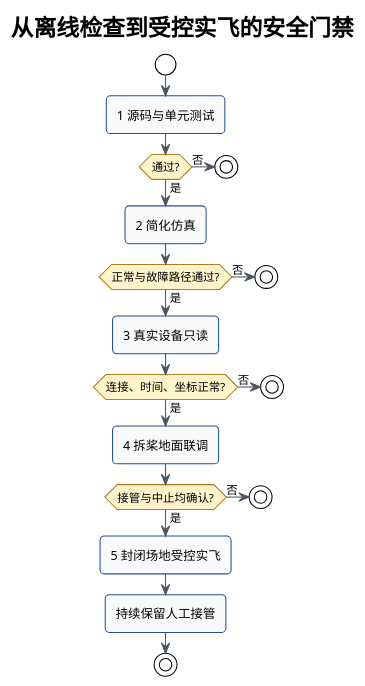
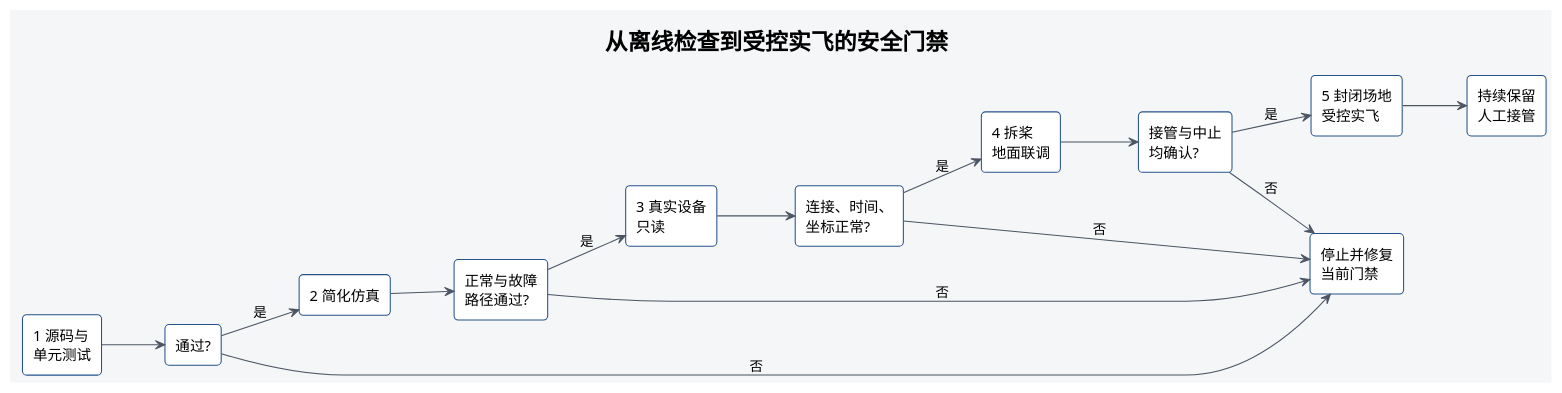
The diagram in docs/diagrams/safety-validation.puml (6hao666/robotac), drawn with PlantUML before and after one commit. The commit also changed 51 other files, not shown here.

Commit message:
docs: standardize PlantUML diagram layout

```diff
--- a/docs/diagrams/safety-validation.puml
+++ b/docs/diagrams/safety-validation.puml
@@ -1,37 +1,36 @@
 @startuml
 !theme plain
-skinparam backgroundColor transparent
+skinparam backgroundColor #F4F6F8
 skinparam shadowing false
 skinparam roundcorner 8
 skinparam defaultFontName SansSerif
 skinparam ArrowColor #4B5563
-skinparam activityBackgroundColor #F8FAFC
-skinparam activityBorderColor #24528C
-skinparam activityDiamondBackgroundColor #FFF4CC
-skinparam activityDiamondBorderColor #B7791F
+skinparam rectangleBackgroundColor #FFFFFF
+skinparam rectangleBorderColor #24528C
+left to right direction
 title 从离线检查到受控实飞的安全门禁
-start
-:1 源码与单元测试;
-if (通过?) then (是)
-  :2 简化仿真;
-else (否)
-  stop
-endif
-if (正常与故障路径通过?) then (是)
-  :3 真实设备只读;
-else (否)
-  stop
-endif
-if (连接、时间、坐标正常?) then (是)
-  :4 拆桨地面联调;
-else (否)
-  stop
-endif
-if (接管与中止均确认?) then (是)
-  :5 封闭场地受控实飞;
-else (否)
-  stop
-endif
-:持续保留人工接管;
-stop
+rectangle "1 源码与\n单元测试" as source
+rectangle "通过?" as sourceGate
+rectangle "2 简化仿真" as simulation
+rectangle "正常与故障\n路径通过?" as simulationGate
+rectangle "3 真实设备\n只读" as readonly
+rectangle "连接、时间、\n坐标正常?" as readonlyGate
+rectangle "4 拆桨\n地面联调" as bench
+rectangle "接管与中止\n均确认?" as benchGate
+rectangle "5 封闭场地\n受控实飞" as flight
+rectangle "持续保留\n人工接管" as takeover
+rectangle "停止并修复\n当前门禁" as stop
+source --> sourceGate
+sourceGate --> simulation : 是
+simulation --> simulationGate
+simulationGate --> readonly : 是
+readonly --> readonlyGate
+readonlyGate --> bench : 是
+bench --> benchGate
+benchGate --> flight : 是
+flight --> takeover
+sourceGate -down-> stop : 否
+simulationGate -down-> stop : 否
+readonlyGate -down-> stop : 否
+benchGate -down-> stop : 否
 @enduml
```
